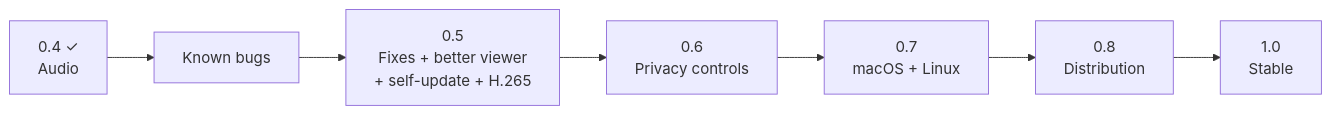
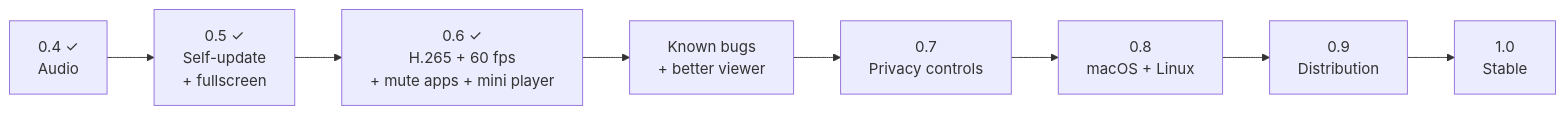
The diagram in docs/roadmap.md (gventino/peeroxide), drawn with Mermaid before and after one commit. The commit also changed other lines of this file and 7 other files, not shown here.

````diff
--- a/docs/roadmap.md
+++ b/docs/roadmap.md
@@ -5,9 +5,10 @@
 ```mermaid
 flowchart LR
-    V04["0.4 ✓<br/>Audio"] --> B["Known bugs"]
-    B --> V05["0.5<br/>Fixes + better viewer<br/>+ self-update + H.265"]
-    V05 --> V06["0.6<br/>Privacy controls"]
-    V06 --> V07["0.7<br/>macOS + Linux"]
-    V07 --> V08["0.8<br/>Distribution"]
-    V08 --> V10["1.0<br/>Stable"]
+    V04["0.4 ✓<br/>Audio"] --> V05["0.5 ✓<br/>Self-update<br/>+ fullscreen"]
+    V05 --> V06["0.6 ✓<br/>H.265 + 60 fps<br/>+ mute apps + mini player"]
+    V06 --> B["Known bugs<br/>+ better viewer"]
+    B --> V07["0.7<br/>Privacy controls"]
+    V07 --> V08["0.8<br/>macOS + Linux"]
+    V08 --> V09["0.9<br/>Distribution"]
+    V09 --> V10["1.0<br/>Stable"]
 ```
````
